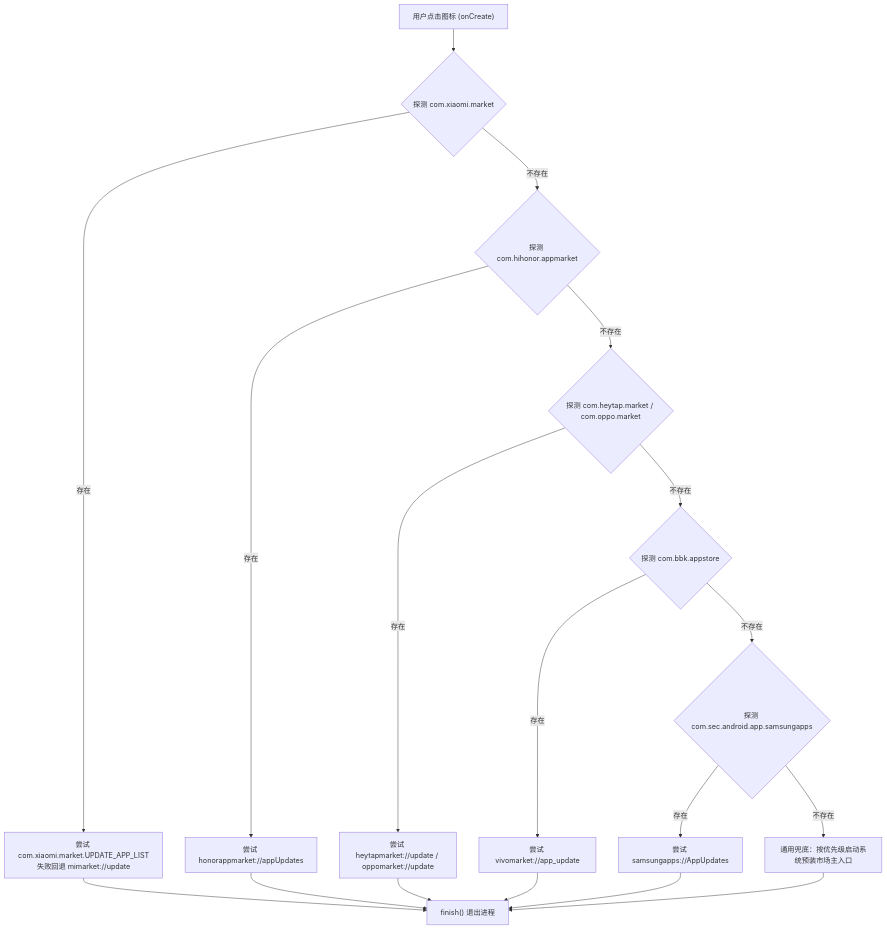
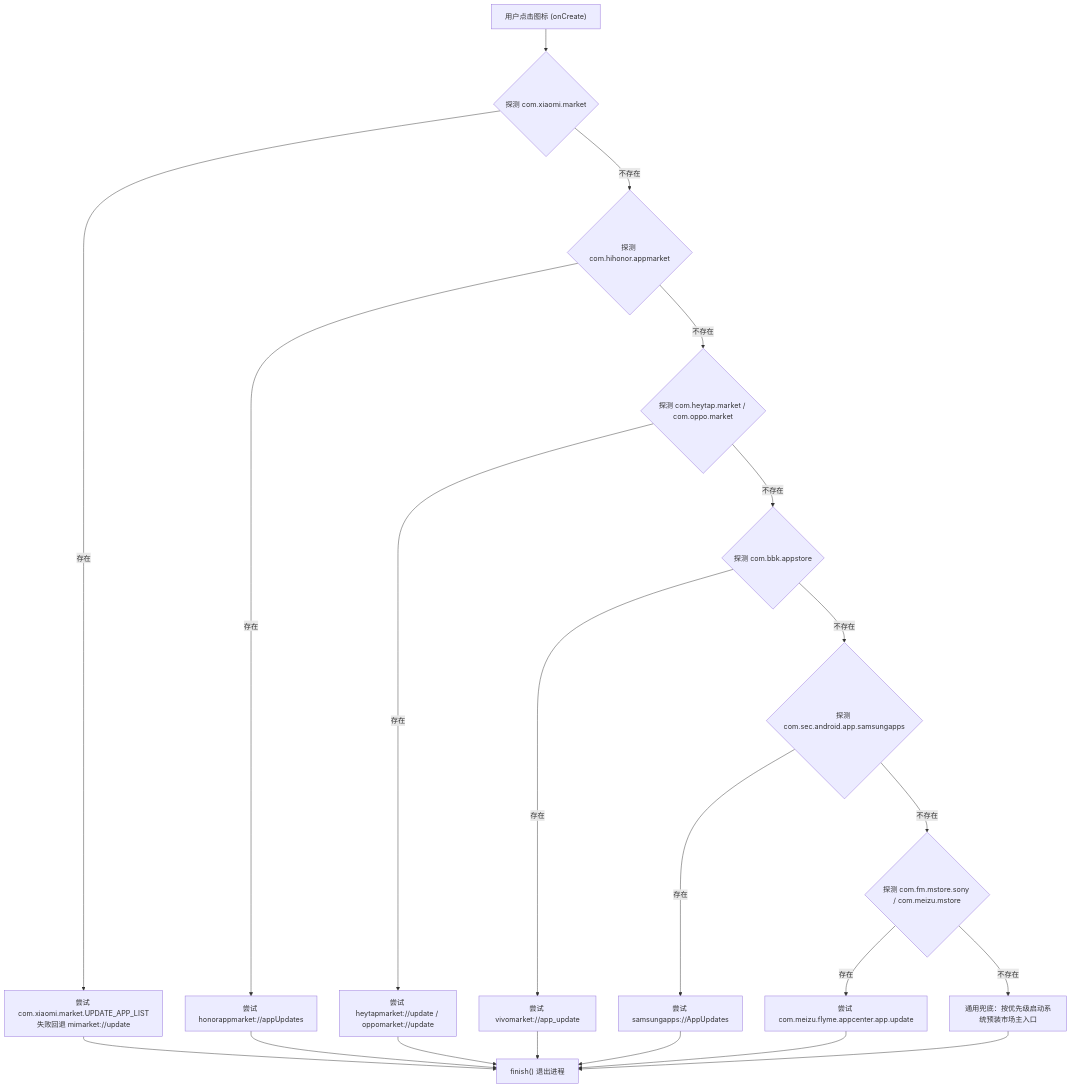
Before and after one commit to helikejinx/quick-update: the diagram in docs/modules/market-dispatcher.md, drawn with Mermaid. The commit also changed 5 other files, not shown here.

````diff
--- a/docs/modules/market-dispatcher.md
+++ b/docs/modules/market-dispatcher.md
@@ -22,21 +22,24 @@
 ```mermaid
 flowchart TD
     Launch["用户点击图标 (onCreate)"] --> Xiaomi{"探测 com.xiaomi.market"}
     Xiaomi -- "存在" --> TryMi["尝试 com.xiaomi.market.UPDATE_APP_LIST<br>失败回退 mimarket://update"]
     Xiaomi -- "不存在" --> Honor{"探测 com.hihonor.appmarket"}
     Honor -- "存在" --> TryHonor["尝试 honorappmarket://appUpdates"]
     Honor -- "不存在" --> Oppo{"探测 com.heytap.market / com.oppo.market"}
     Oppo -- "存在" --> TryOppo["尝试 heytapmarket://update / oppomarket://update"]
     Oppo -- "不存在" --> Vivo{"探测 com.bbk.appstore"}
     Vivo -- "存在" --> TryVivo["尝试 vivomarket://app_update"]
     Vivo -- "不存在" --> Samsung{"探测 com.sec.android.app.samsungapps"}
     Samsung -- "存在" --> TrySamsung["尝试 samsungapps://AppUpdates"]
-    Samsung -- "不存在" --> Fallback["通用兜底：按优先级启动系统预装市场主入口"]
+    Samsung -- "不存在" --> Sony{"探测 com.fm.mstore.sony / com.meizu.mstore"}
+    Sony -- "存在" --> TrySony["尝试 com.meizu.flyme.appcenter.app.update"]
+    Sony -- "不存在" --> Fallback["通用兜底：按优先级启动系统预装市场主入口"]
     
     TryMi --> Finish["finish() 退出进程"]
     TryHonor --> Finish
     TryOppo --> Finish
     TryVivo --> Finish
     TrySamsung --> Finish
+    TrySony --> Finish
     Fallback --> Finish
 ```
````
